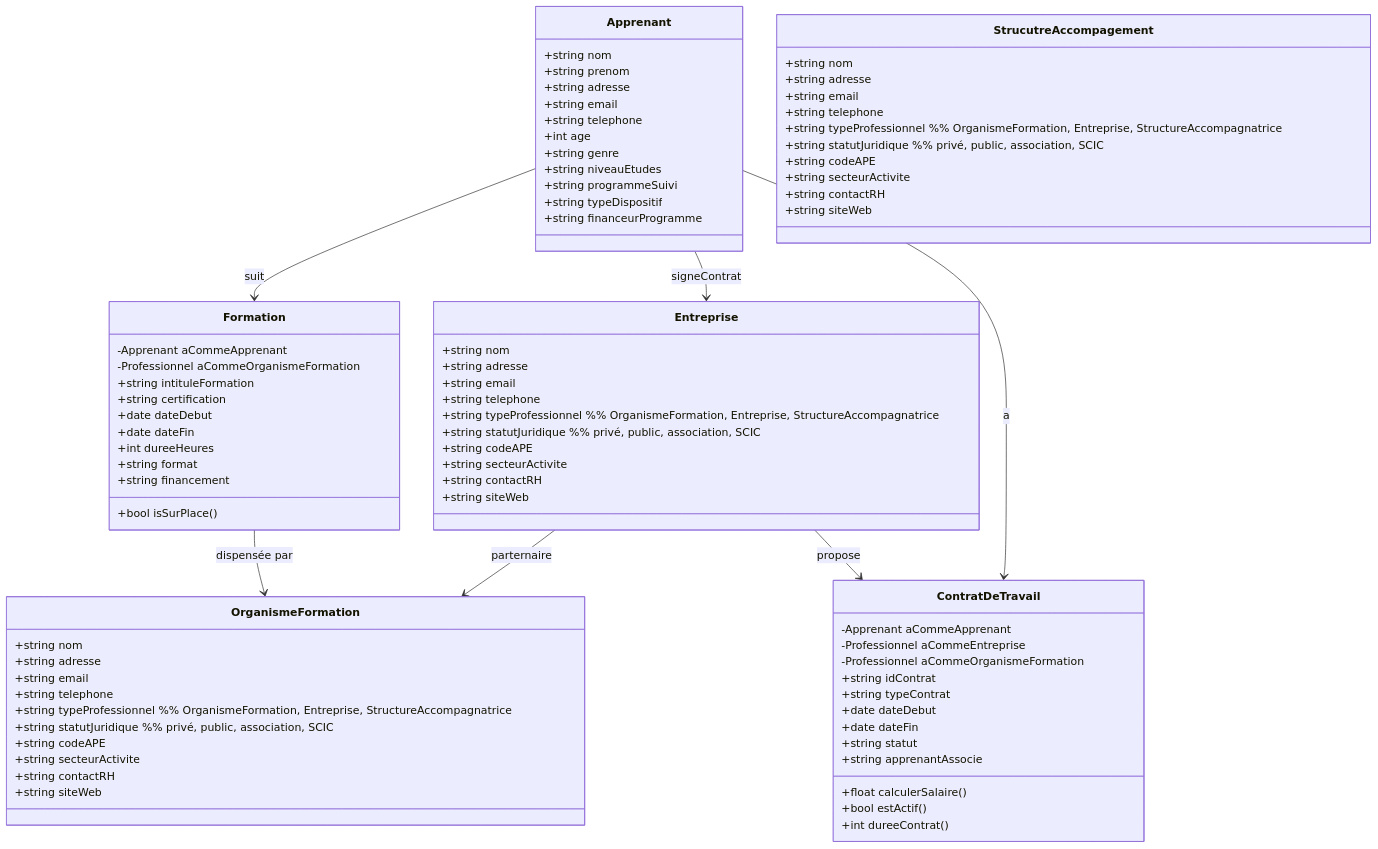
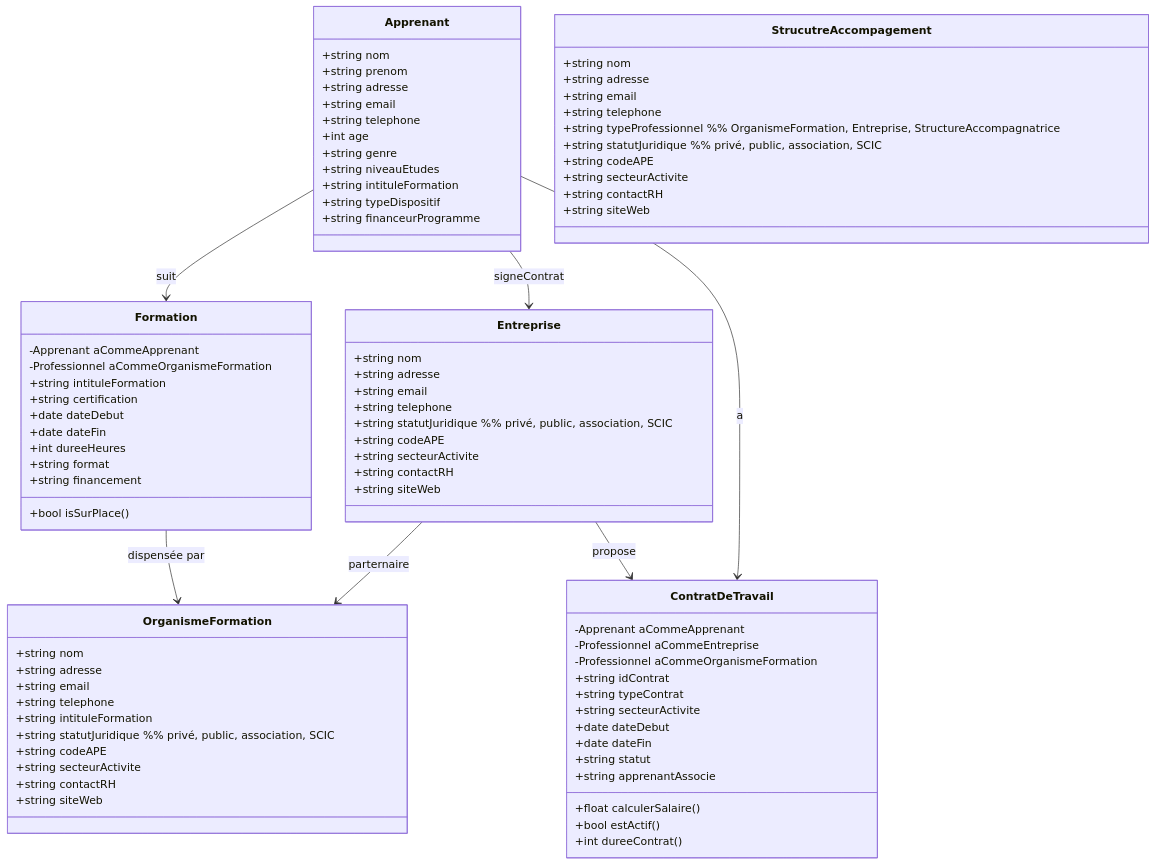
One commit to bouzidifatimazohra00-ux/inclusion-numerique-93 changed the diagram in acteurs.md. Above: the diagram before and after it, drawn with Mermaid.

Commit message:
Refactor structure of acteurs.md file

```diff
--- a/acteurs.md
+++ b/acteurs.md
@@ -9,7 +9,7 @@
   +int age
   +string genre
   +string niveauEtudes
-  +string programmeSuivi
+  +string intituleFormation
   +string typeDispositif
   +string financeurProgramme
 }
@@ -19,7 +19,7 @@
   +string adresse
   +string email
   +string telephone
-  +string typeProfessionnel      %% OrganismeFormation, Entreprise, StructureAccompagnatrice
+  +string intituleFormation    
   +string statutJuridique        %% privé, public, association, SCIC
   +string codeAPE
   +string secteurActivite
@@ -32,7 +32,6 @@
   +string adresse
   +string email
   +string telephone
-  +string typeProfessionnel      %% OrganismeFormation, Entreprise, StructureAccompagnatrice
   +string statutJuridique        %% privé, public, association, SCIC
   +string codeAPE
   +string secteurActivite
@@ -59,6 +58,7 @@
   -Professionnel aCommeOrganismeFormation
   +string idContrat
   +string typeContrat
+  +string secteurActivite
   +date dateDebut
   +date dateFin
   +string statut
```
